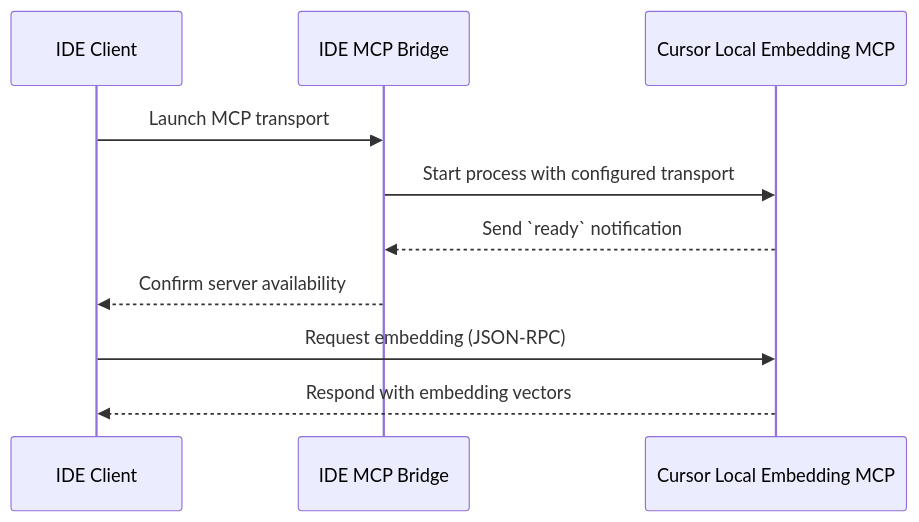
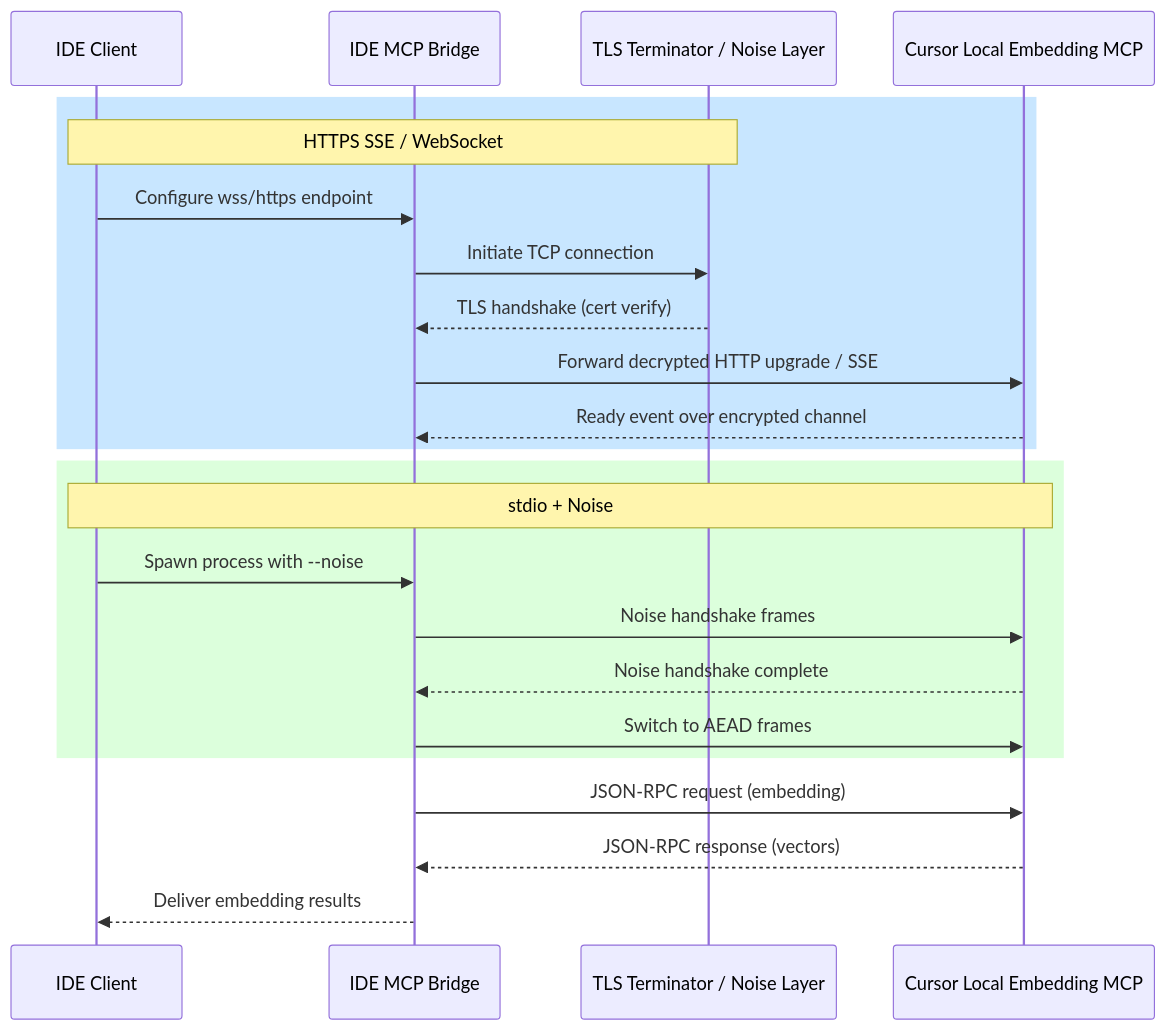
One commit to JudgeZ/EmbedNexus changed the diagram in docs/integration/ide-overview.md. Above: the diagram before and after it, drawn with Mermaid. The commit also changed other lines of this file, not shown here.

Commit message:
docs: detail secure transports for ide integrations

````diff
--- a/docs/integration/ide-overview.md
+++ b/docs/integration/ide-overview.md
@@ -72,13 +221,28 @@
 ```mermaid
 sequenceDiagram
     participant IDE as IDE Client
     participant Bridge as IDE MCP Bridge
+    participant TLS as TLS Terminator / Noise Layer
     participant Server as Cursor Local Embedding MCP
 
-    IDE->>Bridge: Launch MCP transport
-    Bridge->>Server: Start process with configured transport
-    Server-->>Bridge: Send `ready` notification
-    Bridge-->>IDE: Confirm server availability
-    IDE->>Server: Request embedding (JSON-RPC)
-    Server-->>IDE: Respond with embedding vectors
+    rect rgb(200, 230, 255)
+        note over IDE,TLS: HTTPS SSE / WebSocket
+        IDE->>Bridge: Configure wss/https endpoint
+        Bridge->>TLS: Initiate TCP connection
+        TLS-->>Bridge: TLS handshake (cert verify)
+        Bridge->>Server: Forward decrypted HTTP upgrade / SSE
+        Server-->>Bridge: Ready event over encrypted channel
+    end
+
+    rect rgb(220, 255, 220)
+        note over IDE,Server: stdio + Noise
+        IDE->>Bridge: Spawn process with --noise
+        Bridge->>Server: Noise handshake frames
+        Server-->>Bridge: Noise handshake complete
+        Bridge->>Server: Switch to AEAD frames
+    end
+
+    Bridge->>Server: JSON-RPC request (embedding)
+    Server-->>Bridge: JSON-RPC response (vectors)
+    Bridge-->>IDE: Deliver embedding results
 ```
````
